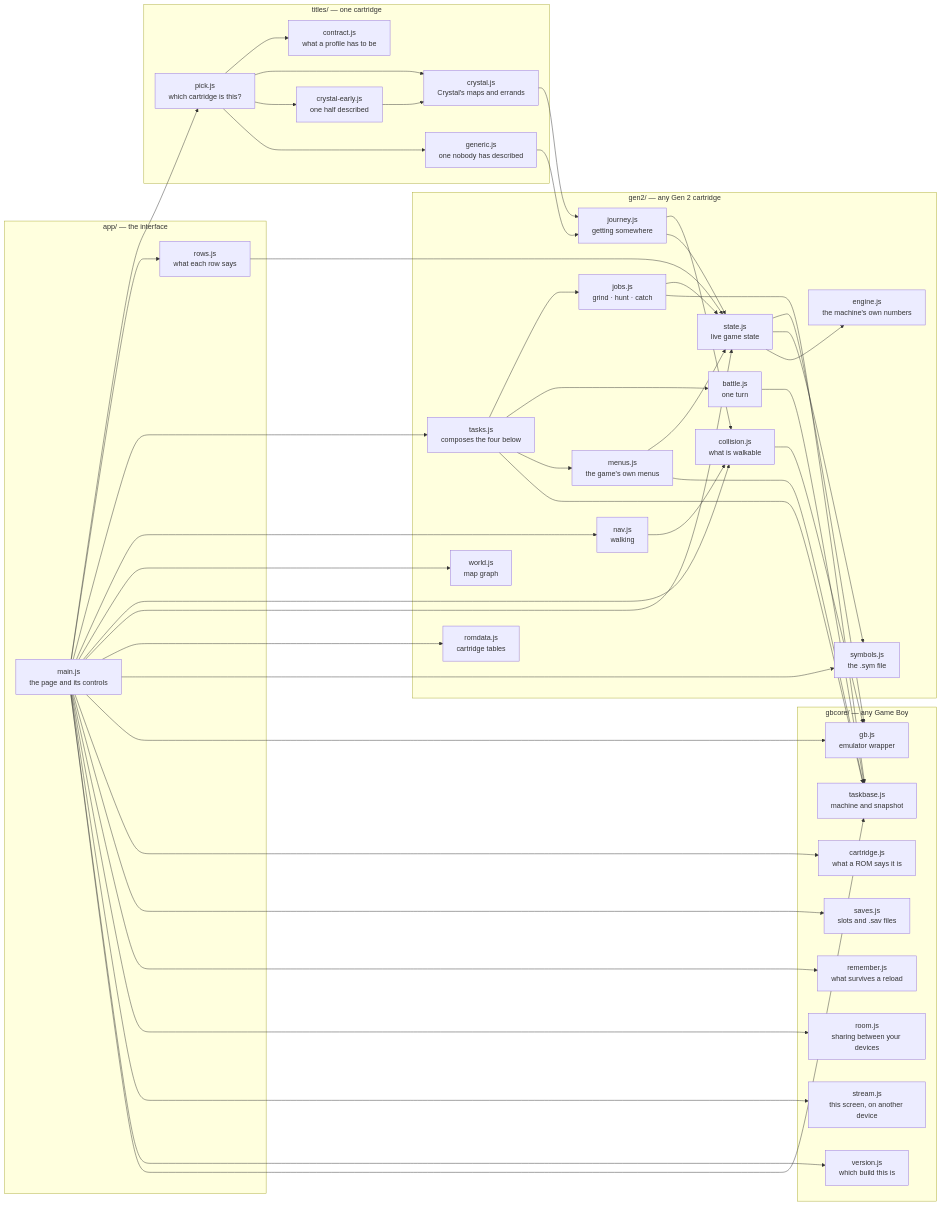
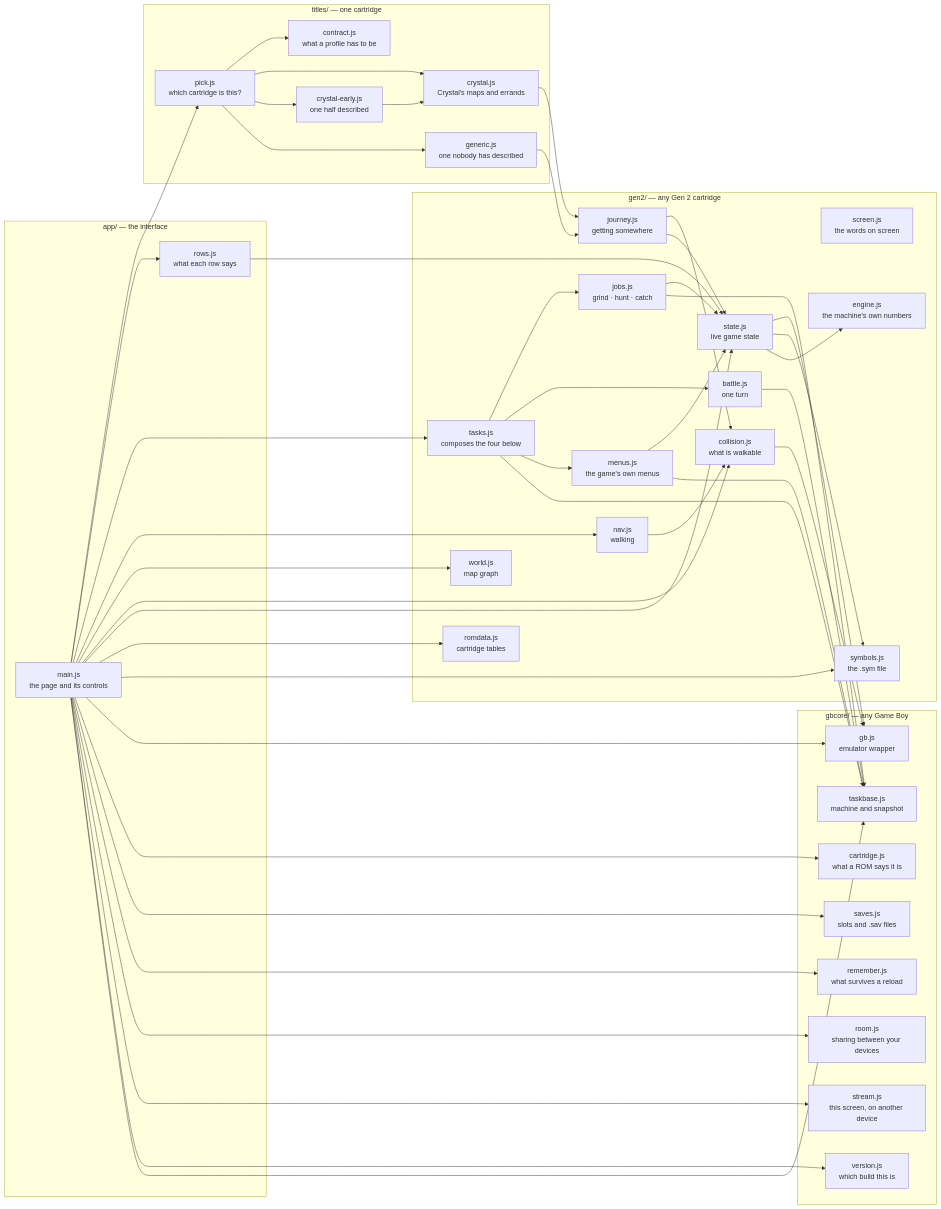
Before and after one commit to minormending/crystal-pilot-mobile: the second of 34 diagrams in docs/CODE.md, drawn with Mermaid. The commit also changed other lines of this file and 4 other files, not shown here.

````diff
--- a/docs/CODE.md
+++ b/docs/CODE.md
@@ -166,80 +166,81 @@
 ```mermaid
 flowchart LR
     subgraph app["app/ — the interface"]
         main["main.js<br/>the page and its controls"]
         rows["rows.js<br/>what each row says"]
     end
     subgraph titles["titles/ — one cartridge"]
         pick["pick.js<br/>which cartridge is this?"]
         contract["contract.js<br/>what a profile has to be"]
         title["crystal.js<br/>Crystal's maps and errands"]
         early["crystal-early.js<br/>one half described"]
         gener["generic.js<br/>one nobody has described"]
     end
     subgraph gen2["gen2/ — any Gen 2 cartridge"]
         tasks["tasks.js<br/>composes the four below"]
         jour["journey.js<br/>getting somewhere"]
         jobs["jobs.js<br/>grind · hunt · catch"]
         btl["battle.js<br/>one turn"]
         menus["menus.js<br/>the game's own menus"]
         nav["nav.js<br/>walking"]
         world["world.js<br/>map graph"]
         coll["collision.js<br/>what is walkable"]
         state["state.js<br/>live game state"]
         rom["romdata.js<br/>cartridge tables"]
+        scr["screen.js<br/>the words on screen"]
         sym["symbols.js<br/>the .sym file"]
         eng["engine.js<br/>the machine's own numbers"]
     end
     subgraph gbcore["gbcore/ — any Game Boy"]
         tbase["taskbase.js<br/>machine and snapshot"]
         saves["saves.js<br/>slots and .sav files"]
         rem["remember.js<br/>what survives a reload"]
         room["room.js<br/>sharing between your devices"]
         stream["stream.js<br/>this screen, on another device"]
         ver["version.js<br/>which build this is"]
         cart["cartridge.js<br/>what a ROM says it is"]
         gb["gb.js<br/>emulator wrapper"]
     end
 
     main --> pick
     pick --> contract
     pick --> title
     pick --> early
     pick --> gener
     main --> rows
     main --> tasks
     main --> nav
     main --> world
     main --> coll
     main --> state
     main --> rom
     main --> sym
     main --> gb
     main --> cart
     main --> saves
     main --> rem
     main --> room
     main --> stream
     main --> ver
     main --> tbase
     rows --> state
     title --> jour
     early --> title
     gener --> jour
     jour --> coll
     jour --> state
     tasks --> jobs
     tasks --> btl
     tasks --> menus
     tasks --> tbase
     jobs --> state
     jobs --> tbase
     btl --> tbase
     menus --> state
     menus --> tbase
     nav --> coll
     coll --> gb
     state --> gb
     state --> sym
     state --> eng
 ```
````
